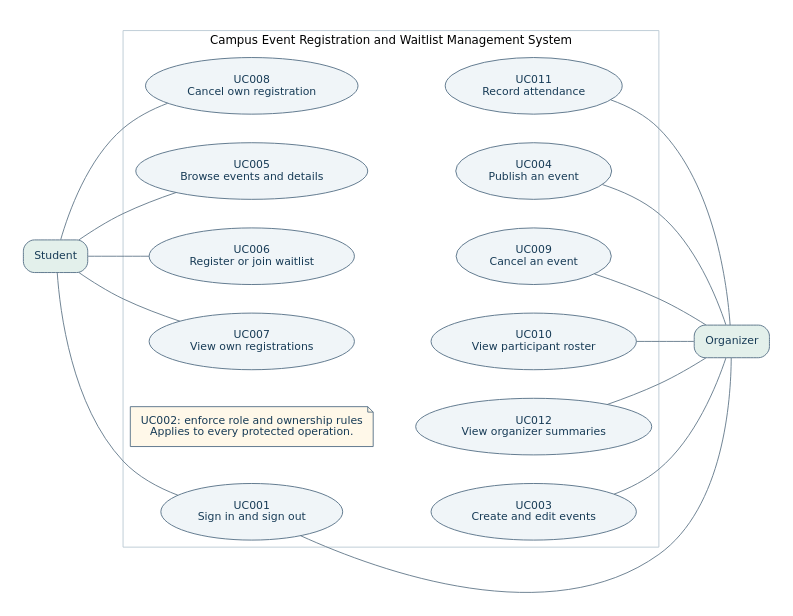
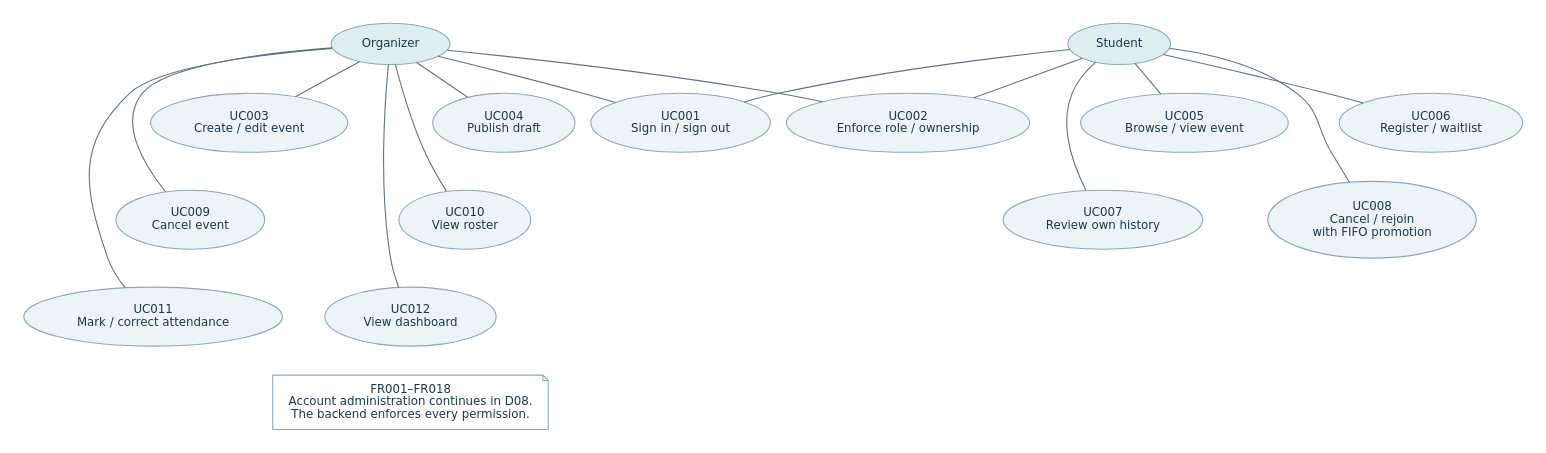
The diagram in docs/diagrams/source/02_use_cases.dot (alamshahriya1-cpu/campus-event-management), drawn with Graphviz before and after one commit. The commit also changed 60 other files, not shown here.

Commit message:
Update SRS RTM diagrams and requirements completion report

```diff
--- a/docs/diagrams/source/02_use_cases.dot
+++ b/docs/diagrams/source/02_use_cases.dot
@@ -1,27 +1,52 @@
-digraph UseCases {
-graph [bgcolor="white", fontname="DejaVu Sans", pad="0.25", nodesep="0.45", ranksep="0.65"];
-node [fontname="DejaVu Sans", fontsize=12, color="#567086", fontcolor="#173B56", style="rounded,filled", fillcolor="#F0F5F8", shape=box, margin="0.16,0.12"];
-edge [fontname="DejaVu Sans", fontsize=10, color="#63798B", fontcolor="#374D5E", arrowsize=0.75];
-rankdir=LR;
-student [label="Student",shape=box,fillcolor="#E3F0EB"];
-organizer [label="Organizer",shape=box,fillcolor="#E3F0EB"];
-subgraph cluster_system {label="Campus Event Registration and Waitlist Management System";fontname="DejaVu Sans";fontsize=13;color="#BAC9D3";
-node [shape=ellipse];
-auth [label="UC001\nSign in and sign out"];
-browse [label="UC005\nBrowse events and details"];
-register [label="UC006\nRegister or join waitlist"];
-own [label="UC007\nView own registrations"];
-cancel [label="UC008\nCancel own registration"];
-edit [label="UC003\nCreate and edit events"];
-publish [label="UC004\nPublish an event"];
-ce [label="UC009\nCancel an event"];
-roster [label="UC010\nView participant roster"];
-attendance [label="UC011\nRecord attendance"];
-summary [label="UC012\nView organizer summaries"];
-policy [shape=note,label="UC002: enforce role and ownership rules\nApplies to every protected operation.",fillcolor="#FFF8E9"];
-{rank=same;auth;browse;register;own;cancel;policy;}
-{rank=same;edit;publish;ce;roster;attendance;summary;}
-auth -> edit [style=invis]; browse -> publish [style=invis];register -> ce [style=invis];own -> roster [style=invis];cancel -> attendance [style=invis];policy -> summary [style=invis];}
-student -> auth [dir=none];student -> browse [dir=none];student -> register [dir=none];student -> own [dir=none];student -> cancel [dir=none];
-auth -> organizer [dir=none];edit -> organizer [dir=none];publish -> organizer [dir=none];ce -> organizer [dir=none];roster -> organizer [dir=none];attendance -> organizer [dir=none];summary -> organizer [dir=none];
+digraph G {
+graph [bgcolor="white", pad="0.25", nodesep="0.40", ranksep="0.55", fontname="DejaVu Sans", fontsize=13];
+node [shape=box, style="rounded,filled", fillcolor="#EDF4F7", color="#8EA8B7", fontcolor="#19384B", fontname="DejaVu Sans", fontsize=13, margin="0.20,0.13", penwidth=1.2];
+edge [color="#5F7280", fontcolor="#334F60", fontname="DejaVu Sans", fontsize=10, arrowsize=0.8, penwidth=1.2];
+rankdir=TB; nodesep=0.25; ranksep=0.45;
+student [shape=ellipse,label="Student",fillcolor="#DDEEEF"];
+organizer [shape=ellipse,label="Organizer",fillcolor="#DDEEEF"];
+subgraph cluster_shared {label="Shared access";color="#BBCDD6";
+ uc1 [shape=ellipse,label="UC001
+Sign in / sign out"];
+ uc2 [shape=ellipse,label="UC002
+Enforce role / ownership"];
 }
+subgraph cluster_student {label="Student event workflows";color="#BBCDD6";
+ uc5 [shape=ellipse,label="UC005
+Browse / view event"];
+ uc6 [shape=ellipse,label="UC006
+Register / waitlist"];
+ uc7 [shape=ellipse,label="UC007
+Review own history"];
+ uc8 [shape=ellipse,label="UC008
+Cancel / rejoin
+with FIFO promotion"];
+}
+subgraph cluster_org {label="Organizer event workflows";color="#BBCDD6";
+ uc3 [shape=ellipse,label="UC003
+Create / edit event"];
+ uc4 [shape=ellipse,label="UC004
+Publish draft"];
+ uc9 [shape=ellipse,label="UC009
+Cancel event"];
+ uc10 [shape=ellipse,label="UC010
+View roster"];
+ uc11 [shape=ellipse,label="UC011
+Mark / correct attendance"];
+ uc12 [shape=ellipse,label="UC012
+View dashboard"];
+}
+student -> {uc1 uc2 uc5 uc6 uc7 uc8} [dir=none];
+organizer -> {uc1 uc2 uc3 uc4 uc9 uc10 uc11 uc12} [dir=none];
+{rank=same;student;organizer;}
+{rank=same;uc1;uc2;}
+{rank=same;uc5;uc6;uc3;uc4;}
+{rank=same;uc7;uc8;uc9;uc10;}
+{rank=same;uc11;uc12;}
+uc5 -> uc7 [style=invis]; uc6 -> uc8 [style=invis];
+uc3 -> uc9 -> uc11 [style=invis]; uc4 -> uc10 -> uc12 [style=invis];
+note [shape=note,label="FR001–FR018
+Account administration continues in D08.
+The backend enforces every permission.",fillcolor="white"];
+uc12 -> note [style=invis];
+}
```
